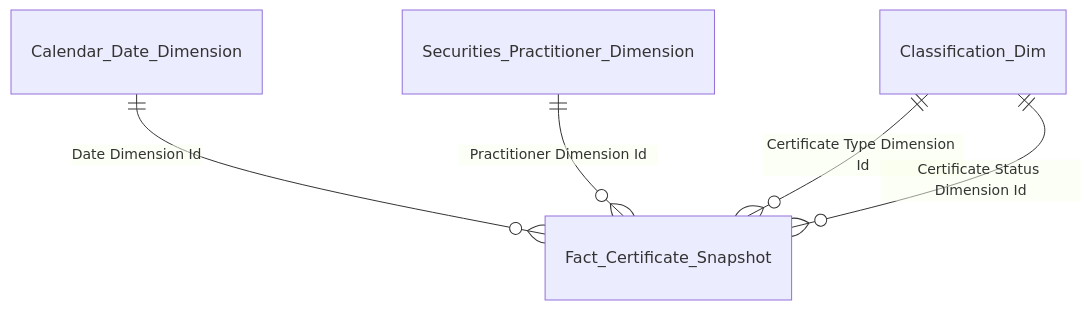
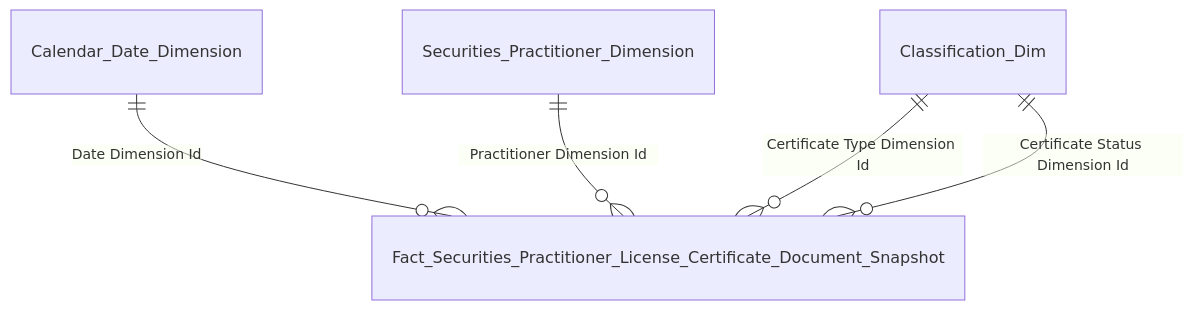
Before and after one commit to linhlvit/ubck_atomic_design: diagram 16 of 21 in Gold/hld/GOLD_NHNCK_HLD.md, drawn with Mermaid. The commit also changed other lines of this file and 9 other files, not shown here.

````diff
--- a/Gold/hld/GOLD_NHNCK_HLD.md
+++ b/Gold/hld/GOLD_NHNCK_HLD.md
@@ -513,7 +513,7 @@
 ```mermaid
 erDiagram
-    Calendar_Date_Dimension ||--o{ Fact_Certificate_Snapshot : "Date Dimension Id"
-    Securities_Practitioner_Dimension ||--o{ Fact_Certificate_Snapshot : "Practitioner Dimension Id"
-    Classification_Dim ||--o{ Fact_Certificate_Snapshot : "Certificate Type Dimension Id"
-    Classification_Dim ||--o{ Fact_Certificate_Snapshot : "Certificate Status Dimension Id"
+    Calendar_Date_Dimension ||--o{ Fact_Securities_Practitioner_License_Certificate_Document_Snapshot : "Date Dimension Id"
+    Securities_Practitioner_Dimension ||--o{ Fact_Securities_Practitioner_License_Certificate_Document_Snapshot : "Practitioner Dimension Id"
+    Classification_Dim ||--o{ Fact_Securities_Practitioner_License_Certificate_Document_Snapshot : "Certificate Type Dimension Id"
+    Classification_Dim ||--o{ Fact_Securities_Practitioner_License_Certificate_Document_Snapshot : "Certificate Status Dimension Id"
 ```
````
